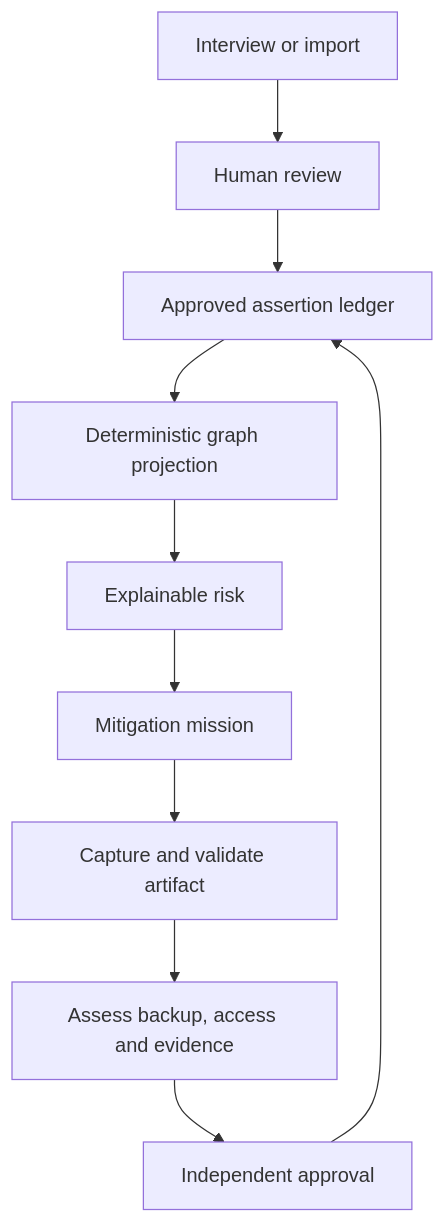
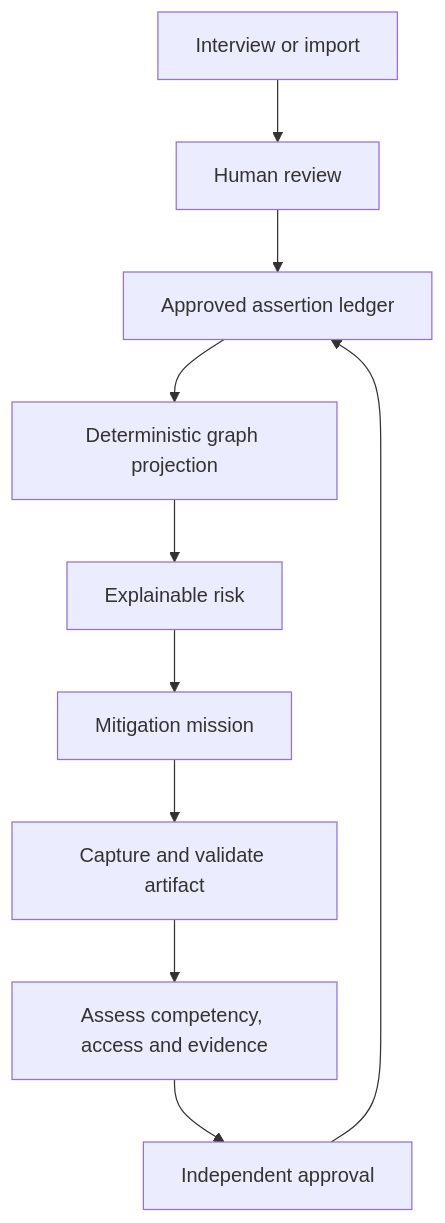
Before and after one commit to Jairogelpi/company-brain-os: the diagram in README.md, drawn with Mermaid. The commit also changed other lines of this file and 10 other files, not shown here.

````diff
--- a/README.md
+++ b/README.md
@@ -14,12 +32,12 @@
 ```mermaid
 flowchart TD
     A["Interview or import"] --> B["Human review"]
     B --> C["Approved assertion ledger"]
     C --> D["Deterministic graph projection"]
     D --> E["Explainable risk"]
     E --> F["Mitigation mission"]
     F --> G["Capture and validate artifact"]
-    G --> H["Assess backup, access and evidence"]
+    G --> H["Assess competency, access and evidence"]
     H --> I["Independent approval"]
     I --> C
 ```
````
